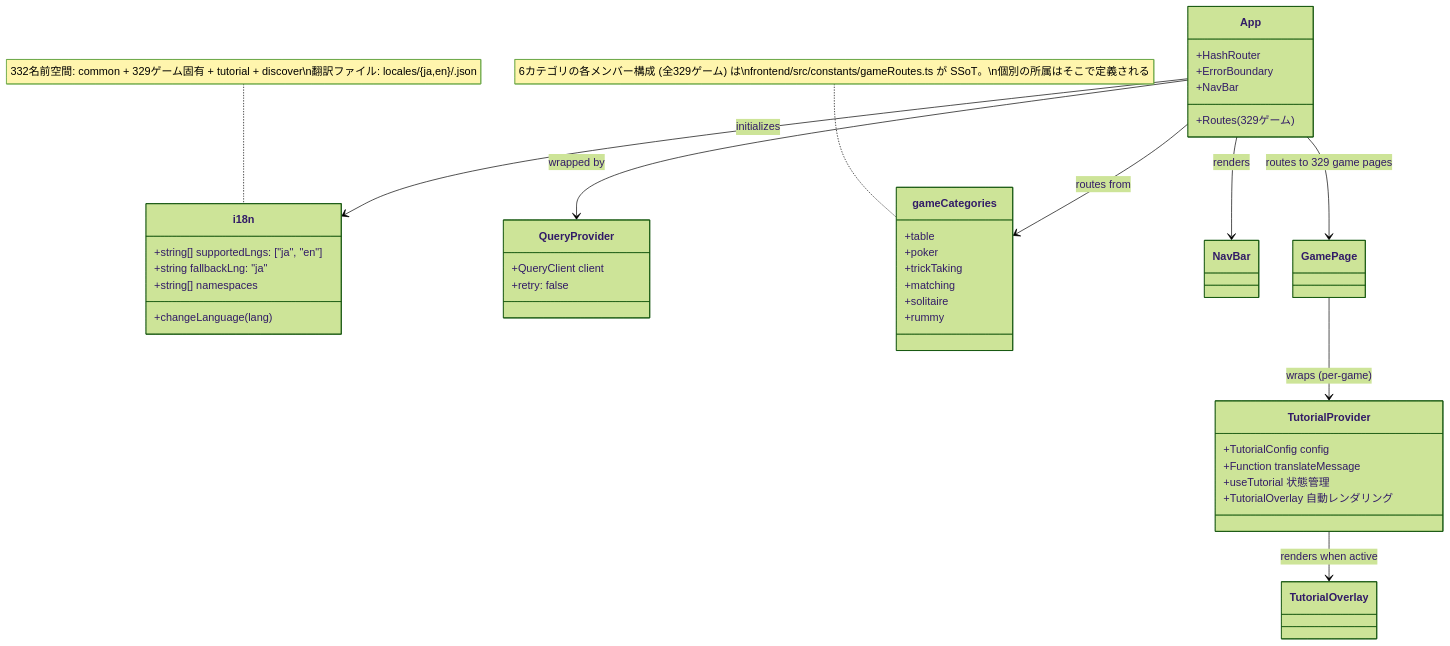
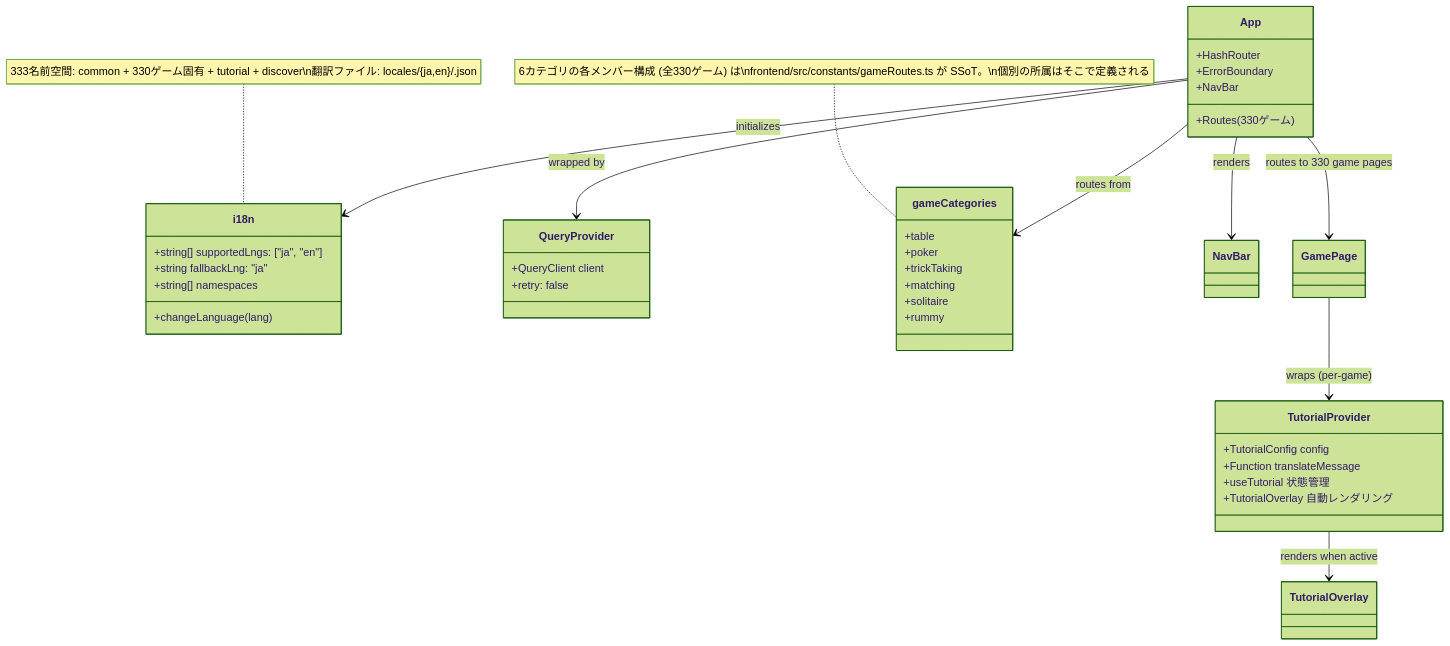
The ninth of 49 diagrams in docs/design/frontend.md (yuta-yoshinaga/go_trumpcards), drawn with Mermaid (forest theme) before and after one commit. The commit also changed other lines of this file and 64 other files, not shown here.

````diff
--- a/docs/design/frontend.md
+++ b/docs/design/frontend.md
@@ -1874,48 +1874,48 @@
 ```mermaid
 classDiagram
     class i18n {
         +string[] supportedLngs: ["ja", "en"]
         +string fallbackLng: "ja"
         +string[] namespaces
         +changeLanguage(lang)
     }
 
     class QueryProvider {
         +QueryClient client
         +retry: false
     }
 
     class App {
         +HashRouter
         +ErrorBoundary
         +NavBar
-        +Routes (329ゲーム)
+        +Routes (330ゲーム)
     }
 
     class gameCategories {
         +table
         +poker
         +trickTaking
         +matching
         +solitaire
         +rummy
     }
-    note for gameCategories "6カテゴリの各メンバー構成 (全329ゲーム) は\nfrontend/src/constants/gameRoutes.ts が SSoT。\n個別の所属はそこで定義される"
+    note for gameCategories "6カテゴリの各メンバー構成 (全330ゲーム) は\nfrontend/src/constants/gameRoutes.ts が SSoT。\n個別の所属はそこで定義される"
 
     class TutorialProvider {
         +TutorialConfig config
         +Function translateMessage
         +useTutorial 状態管理
         +TutorialOverlay 自動レンダリング
     }
 
     App --> QueryProvider : wrapped by
     App --> i18n : initializes
     App --> gameCategories : routes from
     App --> NavBar : renders
-    App --> GamePage : routes to 329 game pages
+    App --> GamePage : routes to 330 game pages
     GamePage --> TutorialProvider : wraps (per-game)
     TutorialProvider --> TutorialOverlay : renders when active
 
-    note for i18n "332名前空間: common + 329ゲーム固有 + tutorial + discover\n翻訳ファイル: locales/{ja,en}/<game>.json"
+    note for i18n "333名前空間: common + 330ゲーム固有 + tutorial + discover\n翻訳ファイル: locales/{ja,en}/<game>.json"
 ```
````
